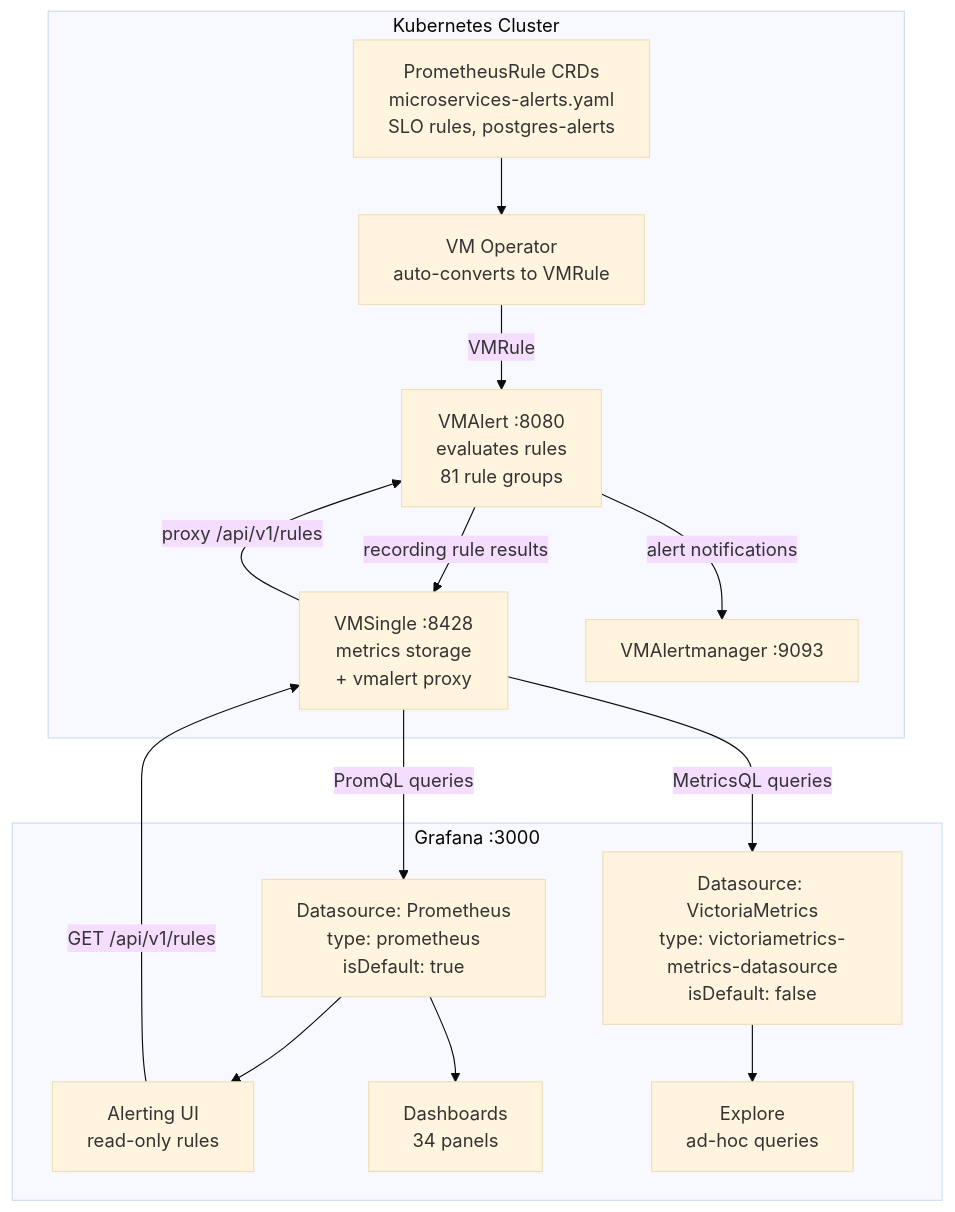
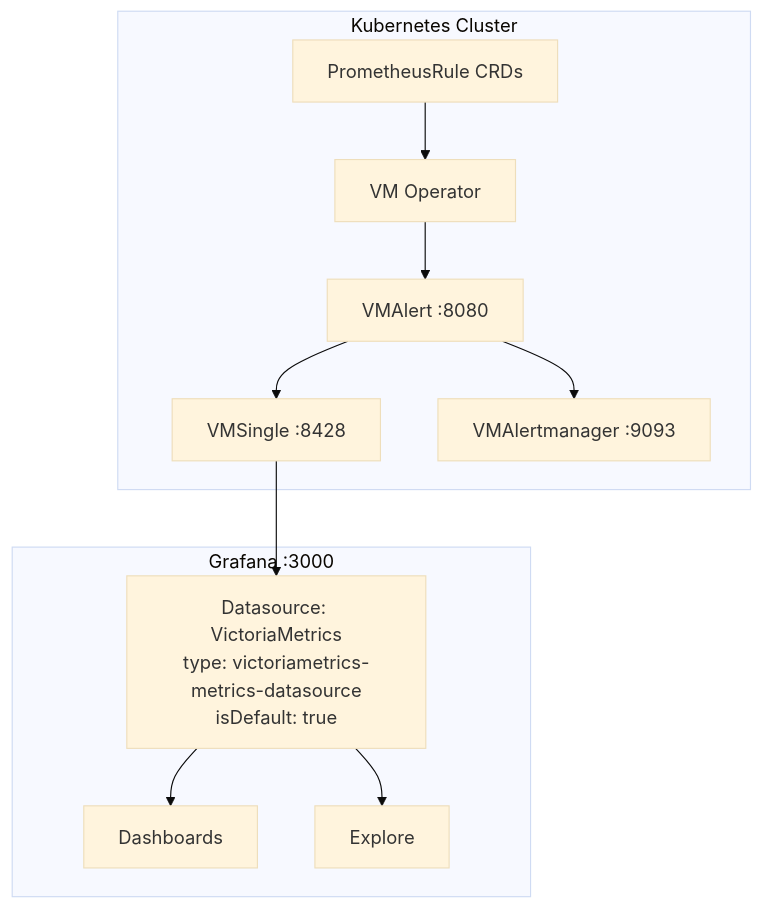
One commit to duynhlab/homelab changed the diagram in docs/observability/grafana/datasources.md. Above: the diagram before and after it, drawn with Mermaid (base theme). The commit also changed other lines of this file and 131 other files, not shown here.

Commit message:
chore: add postgres skill, pg alerting rules, dashboards, and infra updates

````diff
--- a/docs/observability/grafana/datasources.md
+++ b/docs/observability/grafana/datasources.md
@@ -11,32 +11,25 @@
 ```mermaid
 flowchart TD
     subgraph k8s [Kubernetes Cluster]
-        PrometheusRule["PrometheusRule CRDs<br/>microservices-alerts.yaml<br/>SLO rules, postgres-alerts"]
-        VMOperator["VM Operator<br/>auto-converts to VMRule"]
-        VMAlert["VMAlert :8080<br/>evaluates rules<br/>81 rule groups"]
-        VMSingle["VMSingle :8428<br/>metrics storage<br/>+ vmalert proxy"]
+        PrometheusRule["PrometheusRule CRDs"]
+        VMOperator["VM Operator"]
+        VMAlert["VMAlert :8080"]
+        VMSingle["VMSingle :8428"]
         VMAlertmanager["VMAlertmanager :9093"]
     end
 
     subgraph grafana [Grafana :3000]
-        DSProm["Datasource: Prometheus<br/>type: prometheus<br/>isDefault: true"]
-        DSVM["Datasource: VictoriaMetrics<br/>type: victoriametrics-metrics-datasource<br/>isDefault: false"]
-        AlertUI["Alerting UI<br/>read-only rules"]
-        Dashboards["Dashboards<br/>34 panels"]
-        Explore["Explore<br/>ad-hoc queries"]
+        DSVM["Datasource: VictoriaMetrics<br/>type: victoriametrics-metrics-datasource<br/>isDefault: true"]
+        Dashboards["Dashboards"]
+        Explore["Explore"]
     end
 
     PrometheusRule --> VMOperator
-    VMOperator -->|"VMRule"| VMAlert
-    VMAlert -->|"alert notifications"| VMAlertmanager
-    VMAlert -->|"recording rule results"| VMSingle
+    VMOperator --> VMAlert
+    VMAlert --> VMAlertmanager
+    VMAlert --> VMSingle
 
-    VMSingle -->|"PromQL queries"| DSProm
-    VMSingle -->|"MetricsQL queries"| DSVM
-    VMSingle -->|"proxy /api/v1/rules"| VMAlert
-
-    DSProm --> Dashboards
-    DSProm --> AlertUI
+    VMSingle --> DSVM
+    DSVM --> Dashboards
     DSVM --> Explore
-    AlertUI -->|"GET /api/v1/rules"| VMSingle
 ```
````
